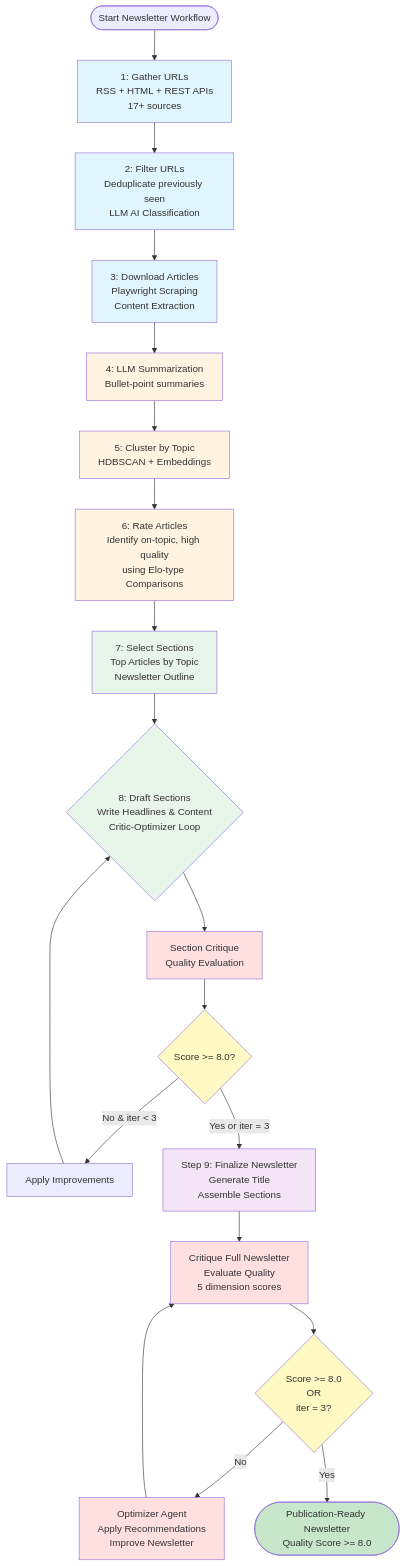
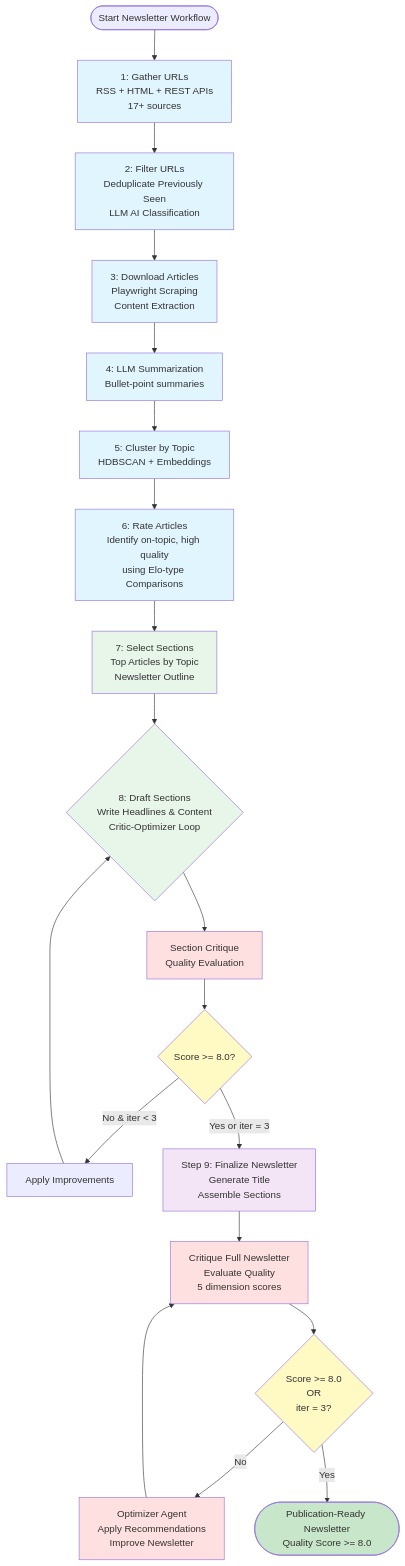
One commit to druce/OpenAIAgentsSDK changed the diagram in README.md. Above: the diagram before and after it, drawn with Mermaid.

````diff
--- a/README.md
+++ b/README.md
@@ -9,49 +9,49 @@
 ```mermaid
   flowchart TD
       Start([Start Newsletter Workflow]) --> Step1[1: Gather URLs<br/>RSS + HTML + REST APIs<br/>17+ sources]
 
-      Step1 --> Step2[2: Filter URLs<br/>Deduplicate previously seen<br/>LLM AI Classification<br/>]
+      Step1 --> Step2[2: Filter URLs<br/>Deduplicate Previously Seen<br/>LLM AI Classification<br/>]
 
       Step2 --> Step3[3: Download Articles<br/>Playwright Scraping<br/>Content Extraction]
 
       Step3 --> Step4[4: LLM Summarization<br/>Bullet-point summaries]
 
       Step4 --> Step5[5: Cluster by Topic<br/>HDBSCAN + Embeddings]
 
       Step5 --> Step6[6: Rate Articles<br/>Identify on-topic, high quality<br/>using Elo-type Comparisons]
 
       Step6 --> Step7[7: Select Sections<br/>Top Articles by Topic<br/>Newsletter Outline]
 
       Step7 --> Step8{8: Draft Sections<br/>Write Headlines & Content<br/>Critic-Optimizer Loop}
 
       Step8 --> Critique8[Section Critique<br/>Quality Evaluation]
       Critique8 --> Check8{Score >= 8.0?}
       Check8 -->|No & iter < 3| Improve8[Apply Improvements]
       Improve8 --> Step8
       Check8 -->|Yes or iter = 3| Step9[Step 9: Finalize Newsletter<br/>Generate Title<br/>Assemble Sections]
 
       Step9 --> Critique9[Critique Full Newsletter<br/>Evaluate Quality<br/>5 dimension scores]
 
       Critique9 --> Check9{Score >= 8.0<br/>OR<br/>iter = 3?}
 
       Check9 -->|No| Optimizer[Optimizer Agent<br/>Apply Recommendations<br/>Improve Newsletter]
       Optimizer --> Critique9
 
       Check9 -->|Yes| Final([Publication-Ready Newsletter<br/>Quality Score >= 8.0])
 
       style Step1 fill:#e1f5ff
       style Step2 fill:#e1f5ff
       style Step3 fill:#e1f5ff
-      style Step4 fill:#fff4e1
-      style Step5 fill:#fff4e1
-      style Step6 fill:#fff4e1
+      style Step4 fill:#e1f5ff
+      style Step5 fill:#e1f5ff
+      style Step6 fill:#e1f5ff
       style Step7 fill:#e8f5e9
       style Step8 fill:#e8f5e9
       style Step9 fill:#f3e5f5
       style Critique8 fill:#ffe0e0
       style Critique9 fill:#ffe0e0
       style Optimizer fill:#ffe0e0
       style Check8 fill:#fff9c4
       style Check9 fill:#fff9c4
       style Final fill:#c8e6c9
   ```
````
